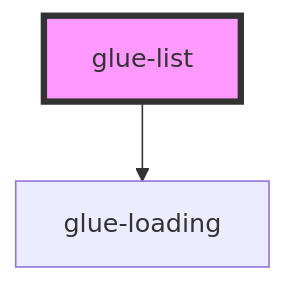
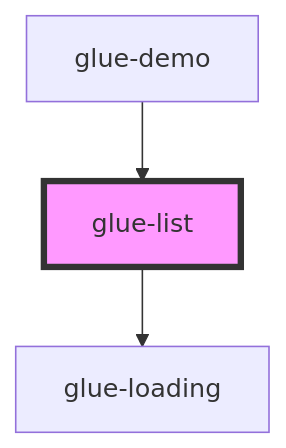
The diagram in packages/glue-components/src/components/glue-list/readme.md (grasilife/glue), drawn with Mermaid before and after one commit. The commit also changed other lines of this file and 9 other files, not shown here.

````diff
--- a/packages/glue-components/src/components/glue-list/readme.md
+++ b/packages/glue-components/src/components/glue-list/readme.md
@@ -37,5 +55,6 @@
 ```mermaid
 graph TD;
   glue-list --> glue-loading
+  glue-demo --> glue-list
   style glue-list fill:#f9f,stroke:#333,stroke-width:4px
 ```
````
